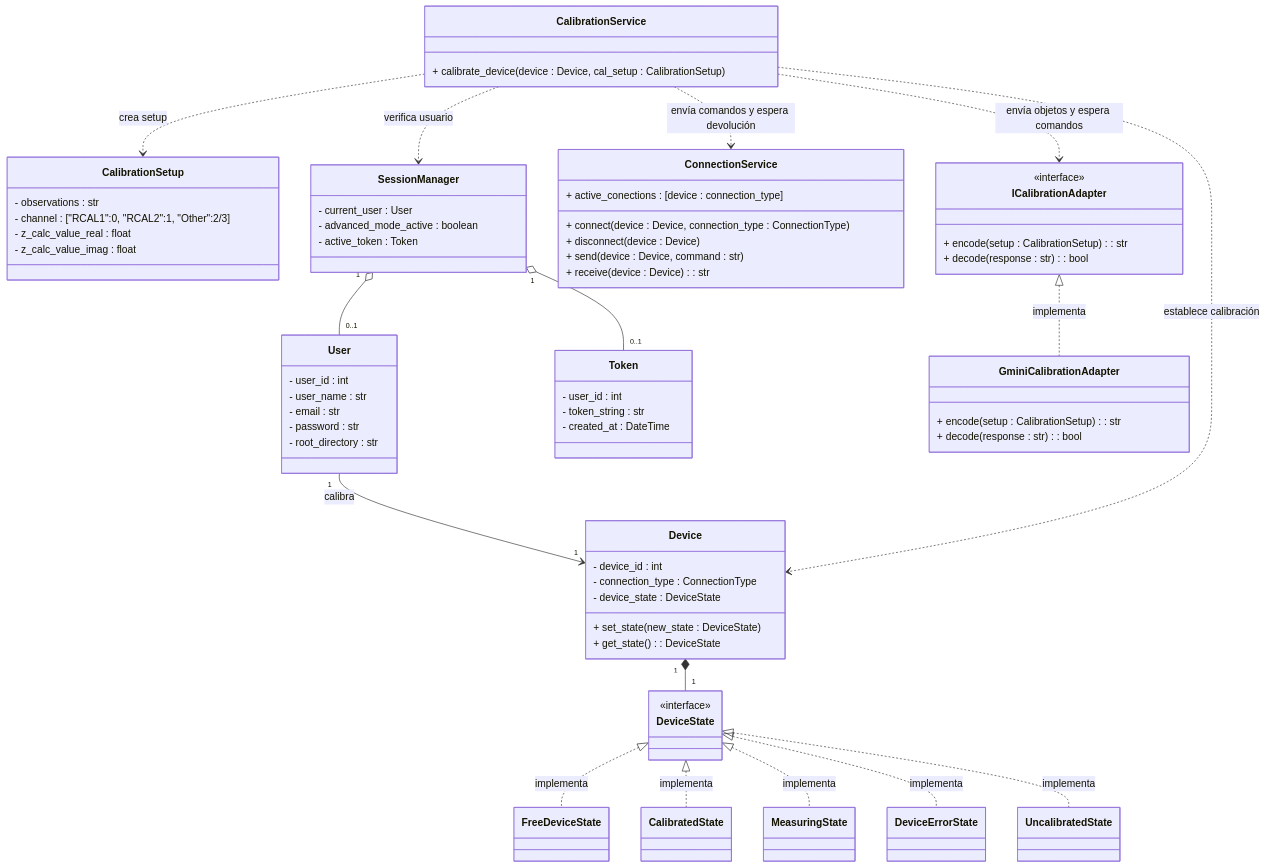
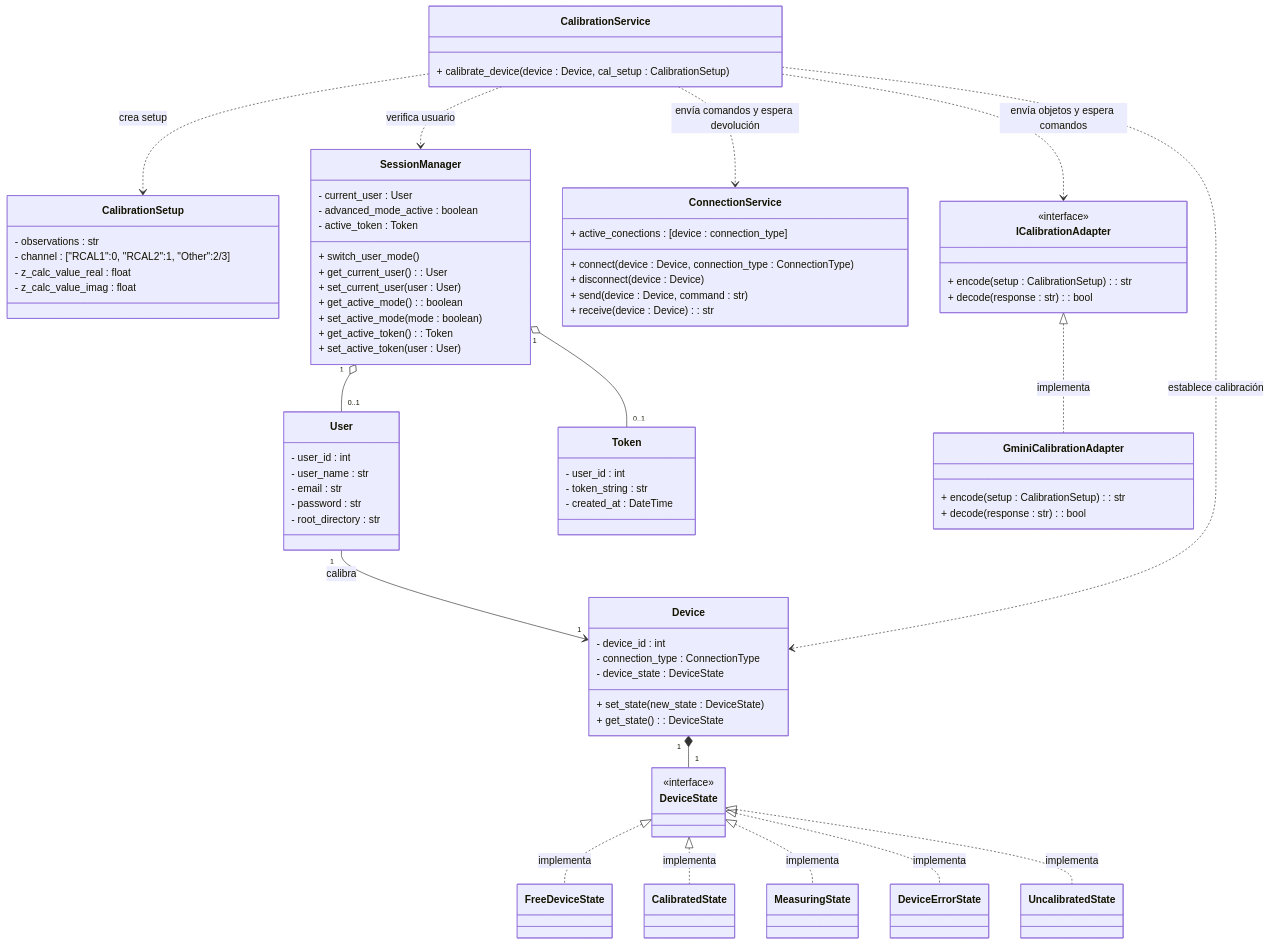
The third of 6 diagrams in Gmini-MarkDown/Diagramas/Clases Conceptuales.md (alegrelias/Repo-GMini), drawn with Mermaid before and after one commit. The commit also changed other lines of this file, not shown here.

Commit message:
Se modifica diagrama de clases

```diff
--- a/Gmini-MarkDown/Diagramas/Clases Conceptuales.md
+++ b/Gmini-MarkDown/Diagramas/Clases Conceptuales.md
@@ -470,6 +483,13 @@
 	- current_user : User
 	- advanced_mode_active : boolean
 	- active_token : Token
+	+ switch_user_mode()
+	+ get_current_user() : User
+	+ set_current_user(user : User)
+	+ get_active_mode() : boolean
+	+ set_active_mode(mode : boolean)
+	+ get_active_token() : Token
+	+ set_active_token(user : User)
 }
 
 class ConnectionService{
```
